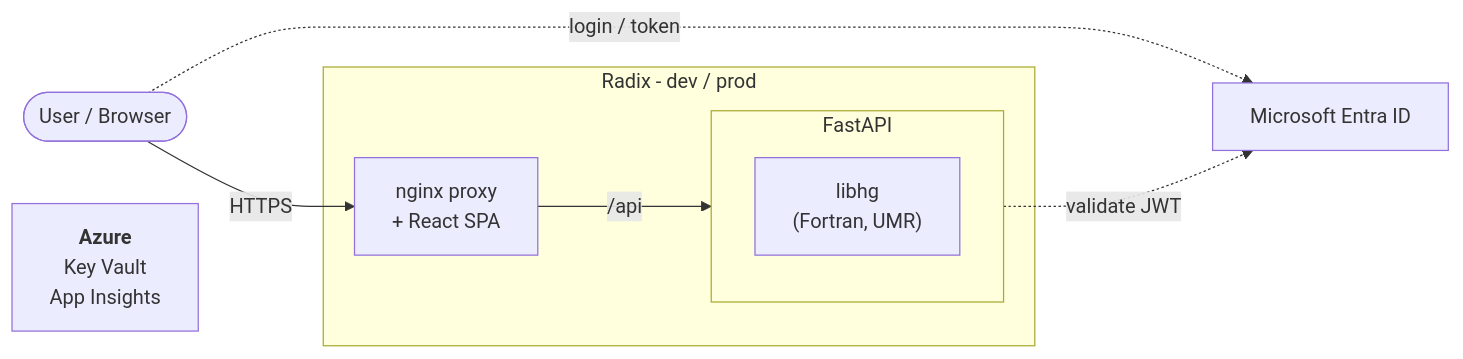
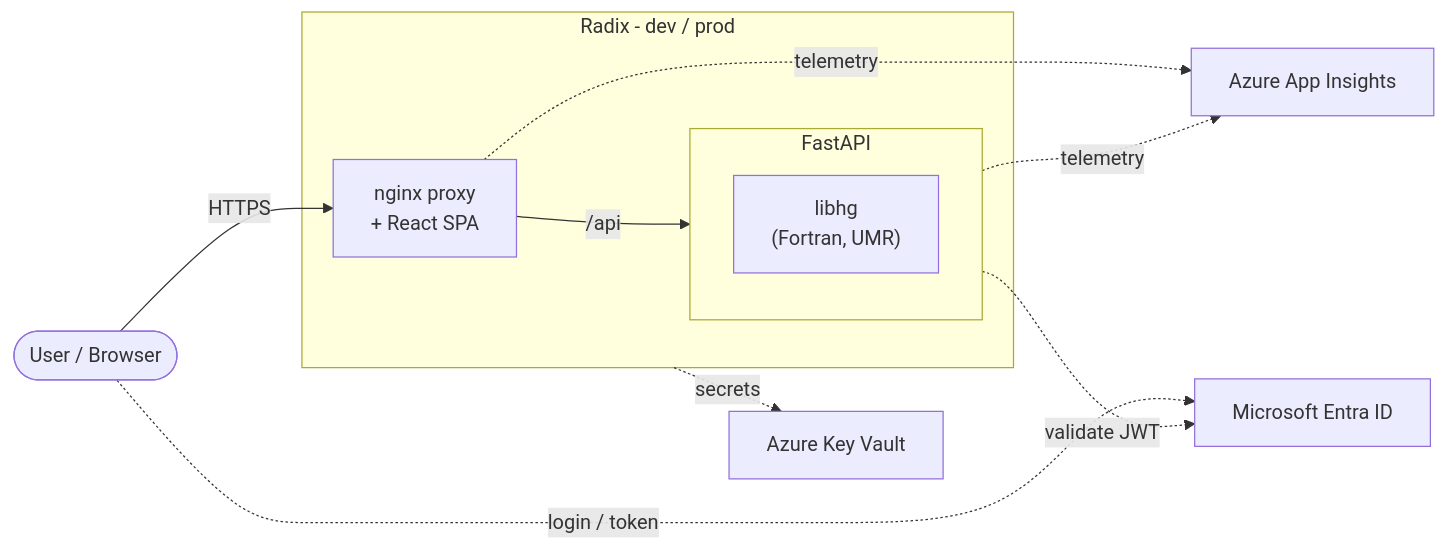
Before and after one commit to equinor/mercury: the diagram in README.md, drawn with Mermaid. The commit also changed other lines of this file and 3 other files, not shown here.

````diff
--- a/README.md
+++ b/README.md
@@ -20,19 +32,23 @@
 ```mermaid
 flowchart LR
     user([User / Browser])
     entra[Microsoft Entra ID]
 
     subgraph radix[Radix - dev / prod]
         proxy["nginx proxy<br/>+ React SPA"]
         subgraph api[FastAPI]
             libhg["libhg<br/>(Fortran, UMR)"]
         end
     end
 
-    azure["<b>Azure</b><br/>Key Vault<br/>App Insights"]
+    kv[Azure Key Vault]
+    ai[Azure App Insights]
 
     user -->|HTTPS| proxy
     user -.->|login / token| entra
     proxy -->|/api| api
     api -.->|validate JWT| entra
+    radix -.->|secrets| kv
+    api -.->|telemetry| ai
+    proxy -.->|telemetry| ai
 ```
````
